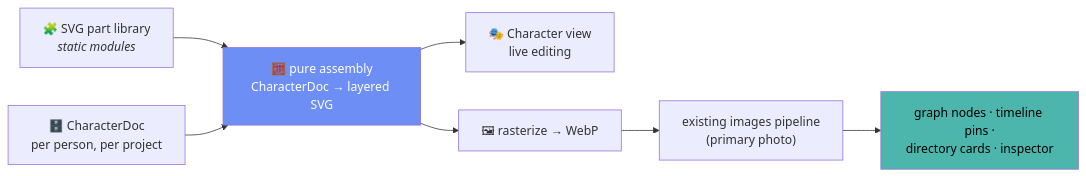
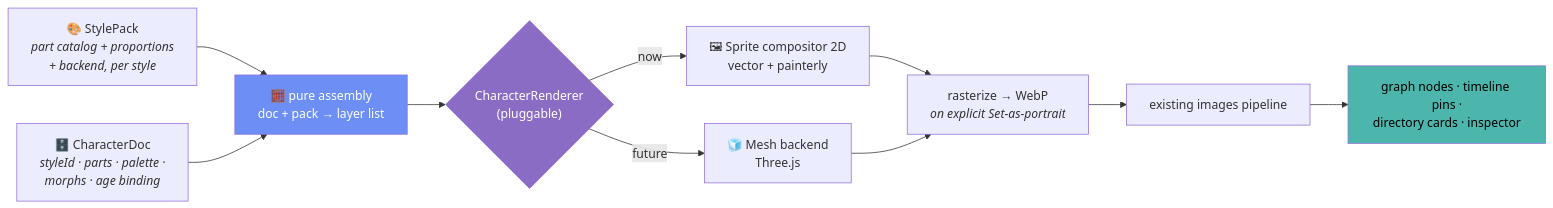
The diagram in docs/CHARACTER_VIEW_PROPOSAL.md (TommyChan6/ModernFamilyTree), drawn with Mermaid before and after one commit. The commit also changed other lines of this file and 22 other files, not shown here.

First line of the commit message:
Add experimental Character view for buildable portraits

````diff
--- a/docs/CHARACTER_VIEW_PROPOSAL.md
+++ b/docs/CHARACTER_VIEW_PROPOSAL.md
@@ -44,11 +53,16 @@
 ```mermaid
 flowchart LR
-    Parts["🧩 SVG part library<br/><i>static modules</i>"] --> Pure["🧮 pure assembly<br/>CharacterDoc → layered SVG"]
-    Doc["🗄️ CharacterDoc<br/>per person, per project"] --> Pure
-    Pure --> Stage["🎭 Character view<br/>live editing"]
-    Pure --> Raster["🖼 rasterize → WebP"]
-    Raster --> Img["existing images pipeline<br/>(primary photo)"]
+    Doc["🗄️ CharacterDoc<br/><i>styleId · parts · palette ·<br/>morphs · age binding</i>"]
+    Style["🎨 StylePack<br/><i>part catalog + proportions<br/>+ backend, per style</i>"] --> Model
+    Doc --> Model["🧮 pure assembly<br/>doc + pack → layer list"]
+    Model --> Backend{"CharacterRenderer<br/>(pluggable)"}
+    Backend -->|now| S2D["🖼 Sprite compositor 2D<br/>vector + painterly"]
+    Backend -->|future| M3D["🧊 Mesh backend<br/>Three.js"]
+    S2D --> Raster["rasterize → WebP<br/><i>on explicit Set-as-portrait</i>"]
+    M3D --> Raster
+    Raster --> Img["existing images pipeline"]
     Img --> Everywhere["graph nodes · timeline pins ·<br/>directory cards · inspector"]
-    style Pure fill:#6c8ef5,color:#fff
+    style Model fill:#6c8ef5,color:#fff
+    style Backend fill:#8b6cc5,color:#fff
     style Everywhere fill:#4db6ac,color:#000
 ```
````
